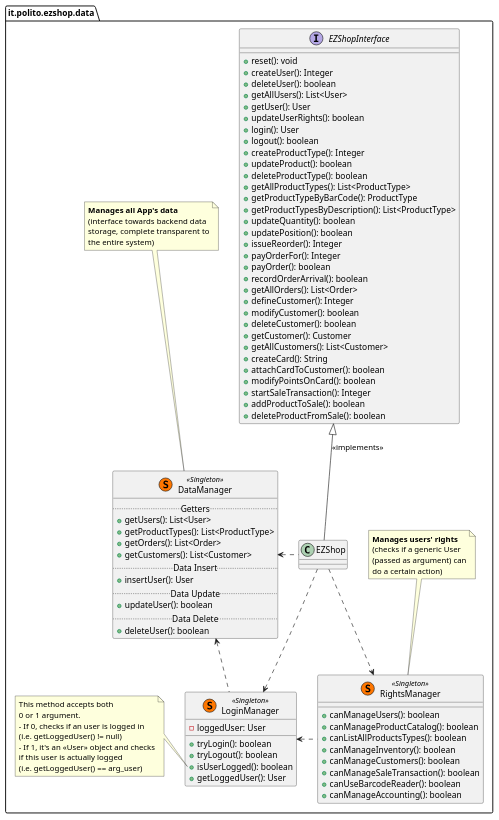
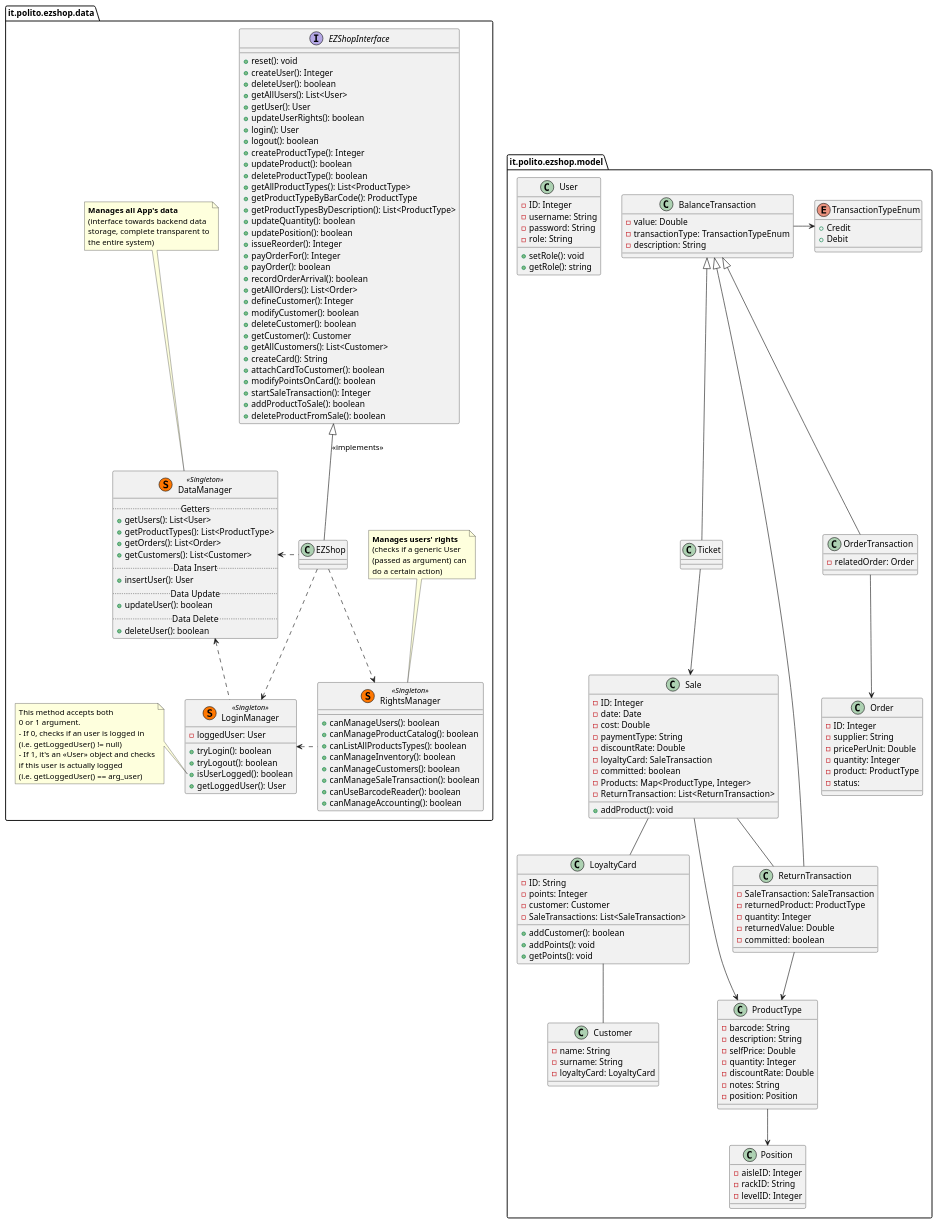
The second of 3 diagrams in Deliverables/DesignDocument.md (thegabriele97/EzShop), drawn with PlantUML before and after one commit.

Commit message:
docs: DesignDocument, class diagram updates

````diff
--- a/Deliverables/DesignDocument.md
+++ b/Deliverables/DesignDocument.md
@@ -166,4 +166,116 @@
     
 
 }
+
+
+package "it.polito.ezshop.model" as model {
+    class User {
+        -ID: Integer
+        -username: String
+        -password: String
+        -role: String
+        {method} +setRole(): void
+        +getRole(): string
+    }
+
+    class ProductType {
+        -barcode: String
+        -description: String
+        -selfPrice: Double
+        -quantity: Integer
+        -discountRate: Double
+        -notes: String
+        -position: Position
+    }
+
+    class Position {
+        -aisleID: Integer
+        -rackID: String
+        -levelID: Integer
+    }
+
+    class Ticket {
+
+    }
+
+    class Sale {
+        -ID: Integer
+        -date: Date
+        -cost: Double
+        -paymentType: String
+        -discountRate: Double
+        -loyaltyCard: SaleTransaction
+        -committed: boolean
+        -Products: Map<ProductType, Integer>
+        -ReturnTransaction: List<ReturnTransaction>
+        {method} +addProduct(): void
+    }
+
+    class ReturnTransaction {
+        -SaleTransaction: SaleTransaction
+        -returnedProduct: ProductType
+        -quantity: Integer
+        -returnedValue: Double
+        -committed: boolean
+    }
+
+    class OrderTransaction {
+        -relatedOrder: Order
+    }
+
+    class Order {
+        -ID: Integer
+        -supplier: String
+        -pricePerUnit: Double
+        -quantity: Integer
+        -product: ProductType
+        -status: 
+    }
+
+    enum TransactionTypeEnum {
+        +Credit
+        +Debit
+    }
+
+    class BalanceTransaction {
+        -value: Double
+        -transactionType: TransactionTypeEnum
+        -description: String
+    }
+
+    class Customer {
+        -name: String
+        -surname: String
+        - loyaltyCard: LoyaltyCard
+    }
+
+    class LoyaltyCard {
+        -ID: String
+        -points: Integer
+        -customer: Customer
+        -SaleTransactions: List<SaleTransaction>
+        {method} +addCustomer(): boolean
+        +addPoints(): void
+        +getPoints(): void
+    }
+
+
+    ProductType --> Position
+    ReturnTransaction --> ProductType
+    Sale --> ProductType
+    Sale -- ReturnTransaction
+
+    LoyaltyCard -- Customer
+    Sale -- LoyaltyCard
+
+    BalanceTransaction <|-- Ticket
+    BalanceTransaction <|-- ReturnTransaction
+    BalanceTransaction <|-- OrderTransaction
+
+    OrderTransaction --> Order
+    Ticket --> Sale
+
+    BalanceTransaction -right-> TransactionTypeEnum
+}
+
 ```
````
